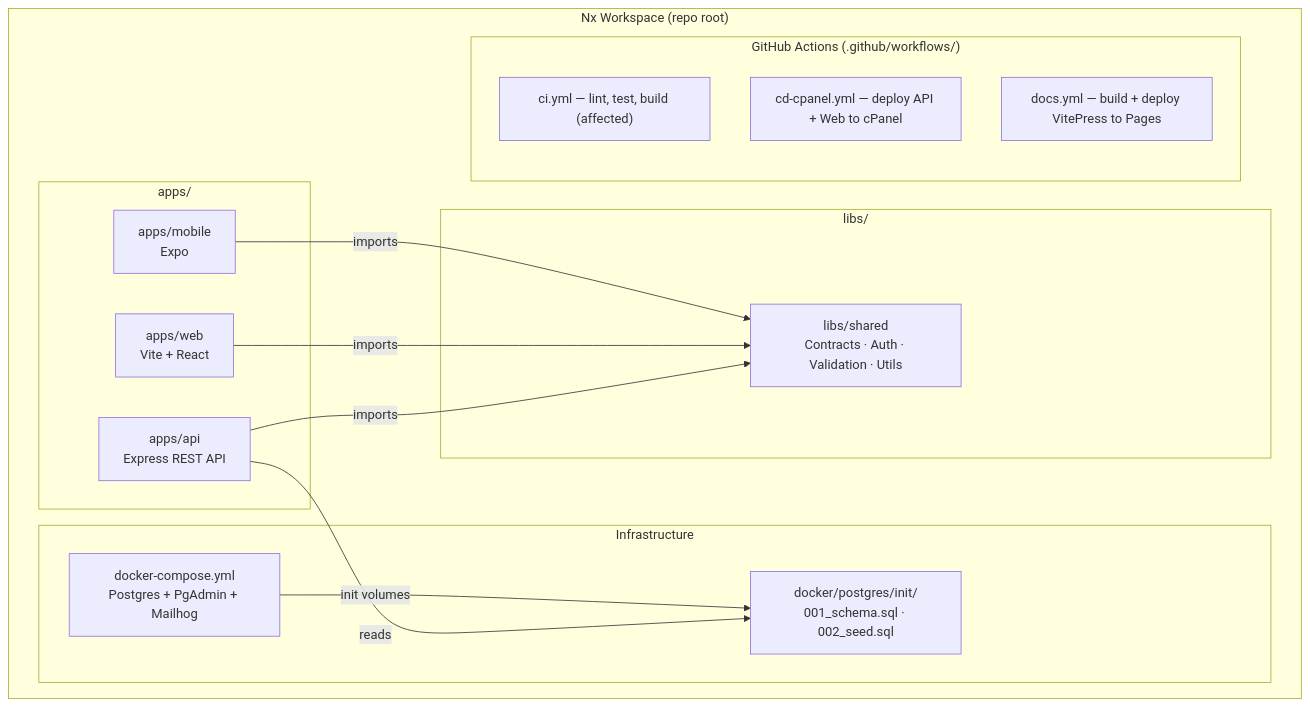
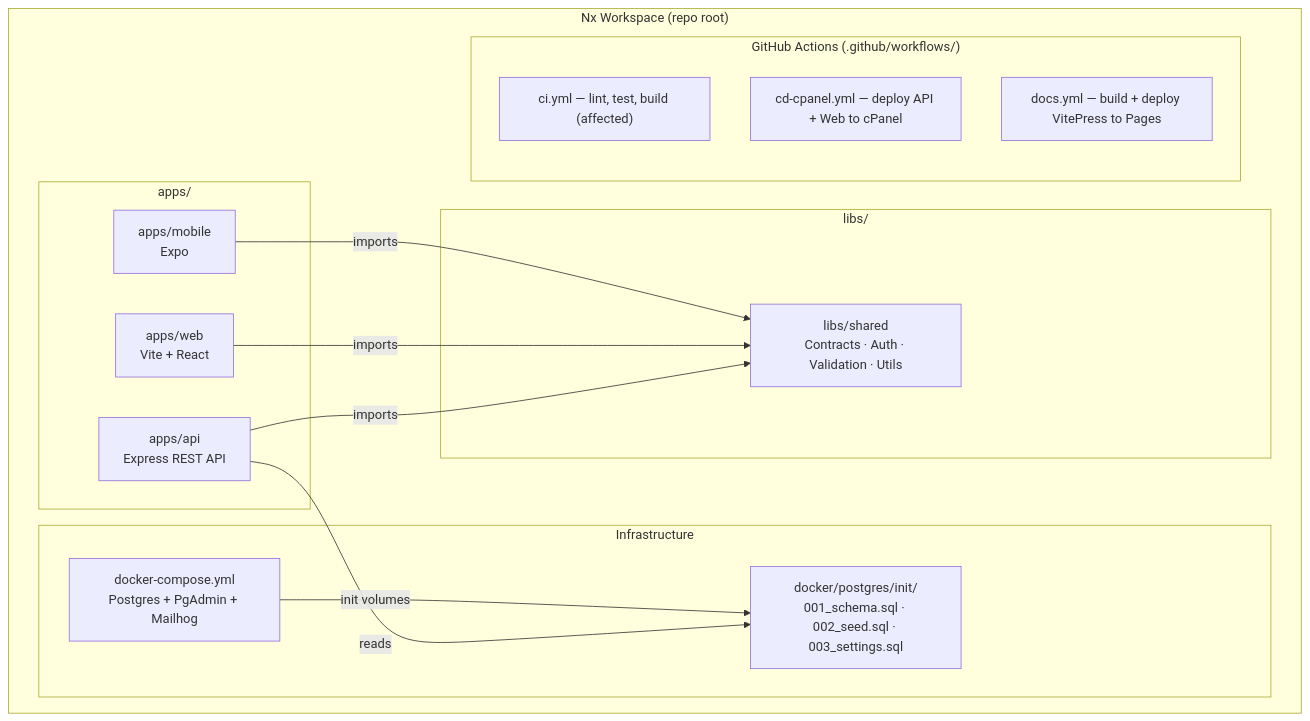
One commit to mnaimfaizy/folio changed the fourth of 8 diagrams in docs-site/dev/architecture.md. Above: the diagram before and after it, drawn with Mermaid. The commit also changed other lines of this file and 4 other files, not shown here.

Commit message:
docs: update documentation for database schema, project structure, and shared library

````diff
--- a/docs-site/dev/architecture.md
+++ b/docs-site/dev/architecture.md
@@ -122,28 +122,28 @@
 ```mermaid
 graph TD
   subgraph Workspace["Nx Workspace (repo root)"]
     subgraph Apps["apps/"]
       API["apps/api<br/>Express REST API"]
       WEB["apps/web<br/>Vite + React"]
       MOB["apps/mobile<br/>Expo"]
     end
     subgraph Libs["libs/"]
       SHARED["libs/shared<br/>Contracts · Auth · Validation · Utils"]
     end
     subgraph Infra["Infrastructure"]
       DC["docker-compose.yml<br/>Postgres + PgAdmin + Mailhog"]
-      SQL["docker/postgres/init/<br/>001_schema.sql · 002_seed.sql"]
+      SQL["docker/postgres/init/<br/>001_schema.sql · 002_seed.sql · 003_settings.sql"]
     end
     subgraph CI["GitHub Actions (.github/workflows/)"]
       CIFLOW["ci.yml — lint, test, build (affected)"]
       CDFLOW["cd-cpanel.yml — deploy API + Web to cPanel"]
       DOCS["docs.yml — build + deploy VitePress to Pages"]
     end
   end
 
   API -->|imports| SHARED
   WEB -->|imports| SHARED
   MOB -->|imports| SHARED
   API -->|reads| SQL
   DC -->|init volumes| SQL
 ```
````
